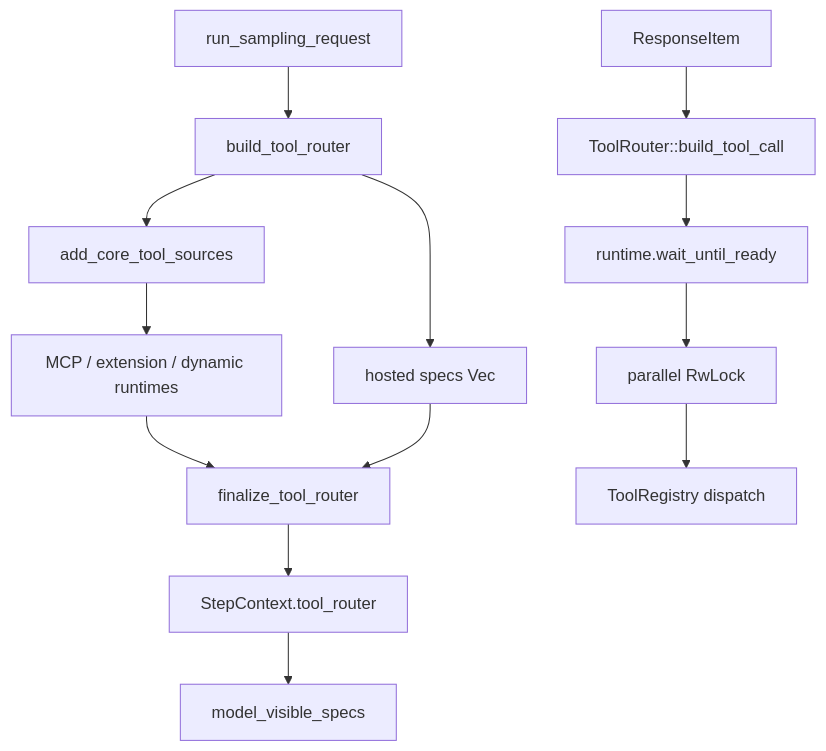
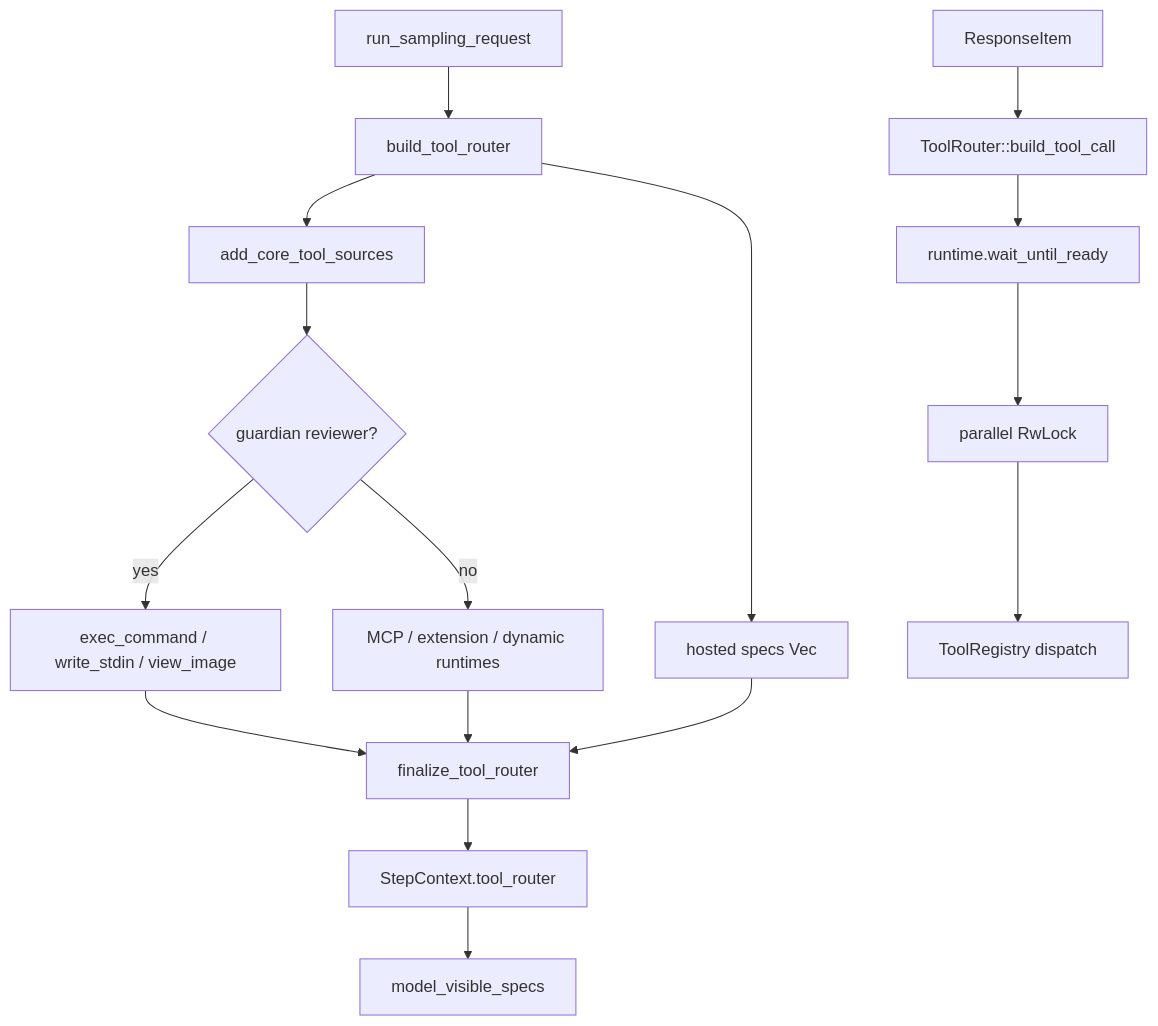
The diagram in docs/llm-wiki/codex/spine/tool-call-anatomy.md (wdnmdtonyma/SOTA-Agent-LLM-Wiki), drawn with Mermaid before and after one commit. The commit also changed other lines of this file and 197 other files, not shown here.

````diff
--- a/docs/llm-wiki/codex/spine/tool-call-anatomy.md
+++ b/docs/llm-wiki/codex/spine/tool-call-anatomy.md
@@ -16,15 +16,18 @@
 ```mermaid
 flowchart TD
     TURN["run_sampling_request"] --> BUILD["build_tool_router"]
     BUILD --> CORE["add_core_tool_sources"]
-    CORE --> EXTRA["MCP / extension / dynamic runtimes"]
+    CORE --> REVIEW{"guardian reviewer?"}
+    REVIEW -->|yes| GUARD["exec_command / write_stdin / view_image"]
+    REVIEW -->|no| EXTRA["MCP / extension / dynamic runtimes"]
     BUILD --> HOSTED["hosted specs Vec"]
     EXTRA --> FINAL["finalize_tool_router"]
     HOSTED --> FINAL
+    GUARD --> FINAL
     FINAL --> STEP["StepContext.tool_router"]
     STEP --> PROMPT["model_visible_specs"]
     MODEL["ResponseItem"] --> CALL["ToolRouter::build_tool_call"]
     CALL --> READY["runtime.wait_until_ready"]
     READY --> GATE["parallel RwLock"]
     GATE --> DISPATCH["ToolRegistry dispatch"]
 ```
````
